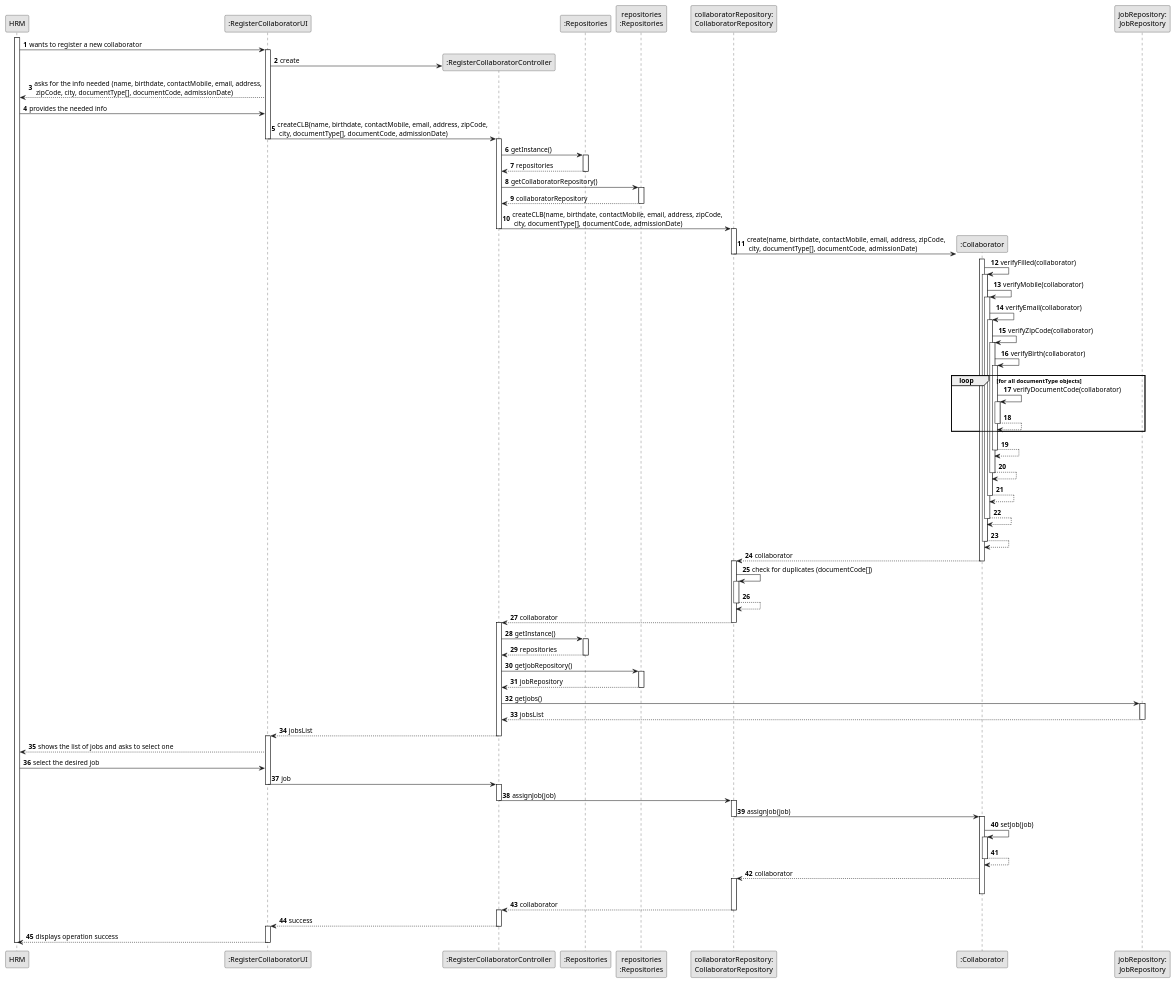
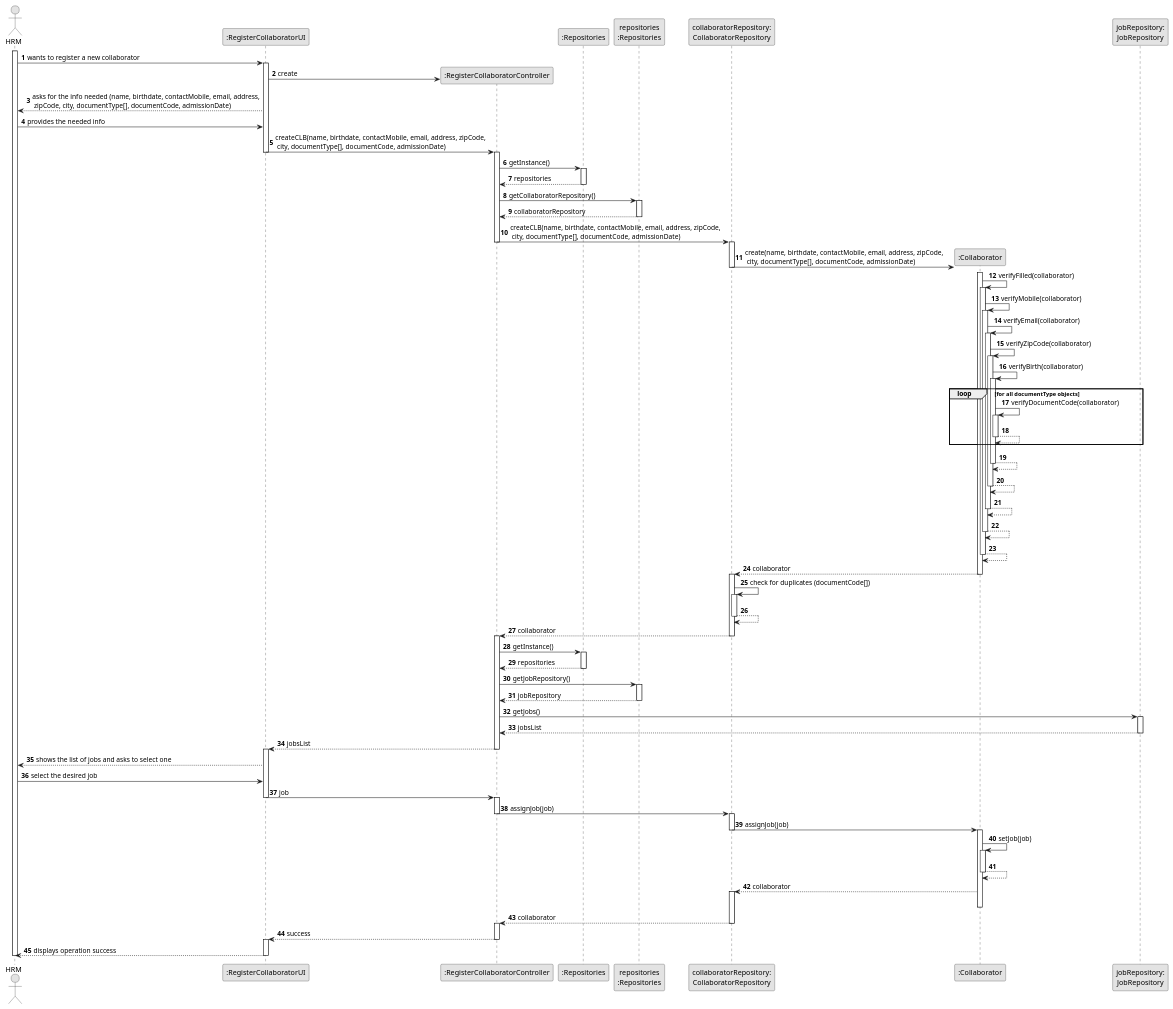
The diagram in docs/sprintB/us003/03.design/puml/us003-sequence-diagram-full.puml (ricardomm7/leaflink), drawn with PlantUML before and after one commit. The commit also changed 3 other files, not shown here.

```diff
--- a/docs/sprintB/us003/03.design/puml/us003-sequence-diagram-full.puml
+++ b/docs/sprintB/us003/03.design/puml/us003-sequence-diagram-full.puml
@@ -1,144 +1,144 @@
 @startuml
 skinparam monochrome true
 skinparam packageStyle rectangle
 skinparam shadowing false
 
 autonumber
 
-participant "HRM" as HRM
+actor "HRM" as HRM
 participant ":RegisterCollaboratorUI" as UI
 participant ":RegisterCollaboratorController" as CTRL
 participant ":Repositories" as GlobRepo
 participant "repositories\n:Repositories" as PLAT
 participant "collaboratorRepository:\nCollaboratorRepository" as CLBREP
 participant ":Collaborator" as CLB
 participant "jobRepository:\nJobRepository" as jobRepository
 
 
 activate HRM
 
 HRM -> UI : wants to register a new collaborator
 activate UI
 
 UI -> CTRL** : create
 
 UI --> HRM : asks for the info needed (name, birthdate, contactMobile, email, address,\n zipCode, city, documentType[], documentCode, admissionDate)
 
 HRM -> UI : provides the needed info
 
 'UI --> HRM : shows a verification dialog
 'HRM -> UI : confirms collaborator creation
 UI -> CTRL : createCLB(name, birthdate, contactMobile, email, address, zipCode,\n city, documentType[], documentCode, admissionDate)
 deactivate UI
 activate CTRL
 CTRL -> GlobRepo : getInstance()
 activate GlobRepo
 GlobRepo --> CTRL : repositories
 deactivate GlobRepo
 CTRL -> PLAT : getCollaboratorRepository()
 activate PLAT
 PLAT -->  CTRL: collaboratorRepository
 deactivate PLAT
 
 CTRL -> CLBREP : createCLB(name, birthdate, contactMobile, email, address, zipCode,\n city, documentType[], documentCode, admissionDate)
 deactivate CTRL
 activate CLBREP
 CLBREP->CLB** : create(name, birthdate, contactMobile, email, address, zipCode,\n city, documentType[], documentCode, admissionDate)
 deactivate CLBREP
 activate CLB
 CLB -> CLB : verifyFilled(collaborator)
 activate CLB
 CLB -> CLB : verifyMobile(collaborator)
 activate CLB
 CLB -> CLB : verifyEmail(collaborator)
 activate CLB
 CLB -> CLB : verifyZipCode(collaborator)
 activate CLB
 CLB -> CLB : verifyBirth(collaborator)
 activate CLB
 
 loop for all documentType objects
 CLB -> CLB : verifyDocumentCode(collaborator)
 activate CLB
 CLB --> CLB
 deactivate CLB
 end loop
 
 CLB --> CLB
 deactivate CLB
 CLB --> CLB
 deactivate CLB
 CLB --> CLB
 deactivate CLB
 CLB --> CLB
 deactivate CLB
 CLB --> CLB
 deactivate CLB
 
 CLB -->CLBREP : collaborator
 deactivate CLB
 activate CLBREP
 
 CLBREP -> CLBREP : check for duplicates (documentCode[])
 activate CLBREP
 CLBREP --> CLBREP
 deactivate CLBREP
 CLBREP --> CTRL : collaborator
 deactivate CLBREP
 
 activate CTRL
 CTRL -> GlobRepo : getInstance()
 activate GlobRepo
 GlobRepo --> CTRL : repositories
 deactivate GlobRepo
 CTRL -> PLAT : getJobRepository()
 activate PLAT
 PLAT -->  CTRL: jobRepository
 deactivate PLAT
 CTRL -> jobRepository : getJobs()
 activate jobRepository
 jobRepository --> CTRL : jobsList
 deactivate jobRepository
 CTRL -->UI : jobsList
 deactivate CTRL
 activate UI
 
 UI --> HRM : shows the list of jobs and asks to select one
 
 HRM -> UI : select the desired job
 
 UI -> CTRL : job
 deactivate UI
 activate CTRL
 
 
 CTRL ->CLBREP : assignJob(job)
 deactivate CTRL
 activate CLBREP
 
 CLBREP -> CLB : assignJob(job)
 deactivate CLBREP
 activate CLB
 
 CLB -> CLB : setJob(job)
 activate CLB
 
 CLB --> CLB
 deactivate CLB
 
 CLB --> CLBREP : collaborator
 activate CLBREP
 deactivate CLB
 
 CLBREP --> CTRL : collaborator
 deactivate CLBREP
 activate CTRL
 
 
 CTRL --> UI : success
 deactivate CTRL
 activate UI
 UI --> HRM : displays operation success
 deactivate UI
 deactivate HRM
 @enduml
```
